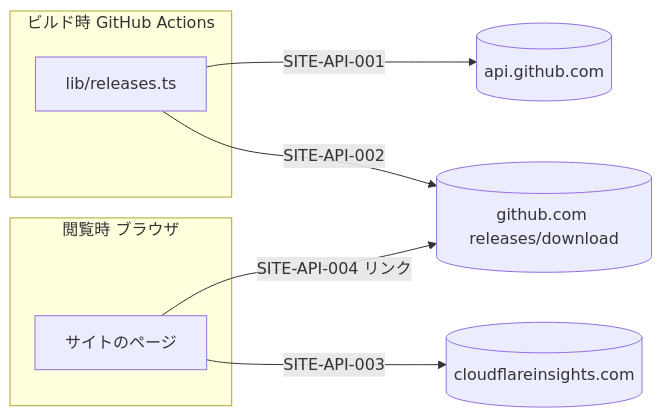
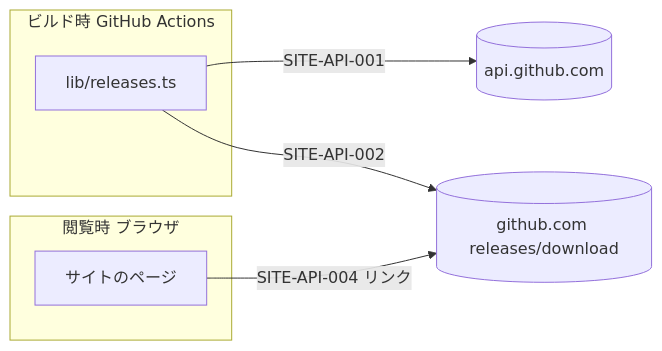
Before and after one commit to itiwoja/DC-Designer: the diagram in docs/design/09_api.md, drawn with Mermaid. The commit also changed other lines of this file and 14 other files, not shown here.

````diff
--- a/docs/design/09_api.md
+++ b/docs/design/09_api.md
@@ -13,13 +13,12 @@
 ```mermaid
 flowchart LR
   subgraph BUILD["ビルド時 GitHub Actions"]
     B[lib/releases.ts]
   end
   subgraph VIEW["閲覧時 ブラウザ"]
     P[サイトのページ]
   end
   B -->|SITE-API-001| GA[(api.github.com)]
   B -->|SITE-API-002| GD[(github.com releases/download)]
-  P -->|SITE-API-003| CF[(cloudflareinsights.com)]
   P -->|SITE-API-004 リンク| GD
 ```
````
